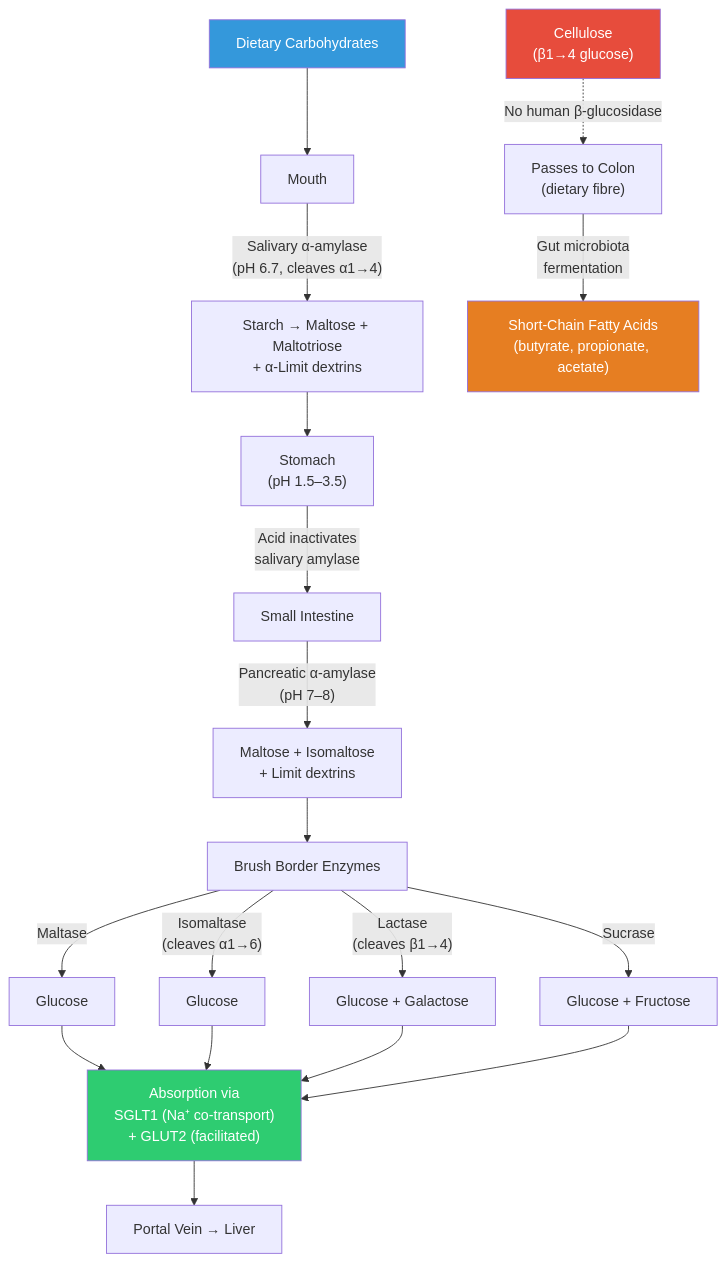
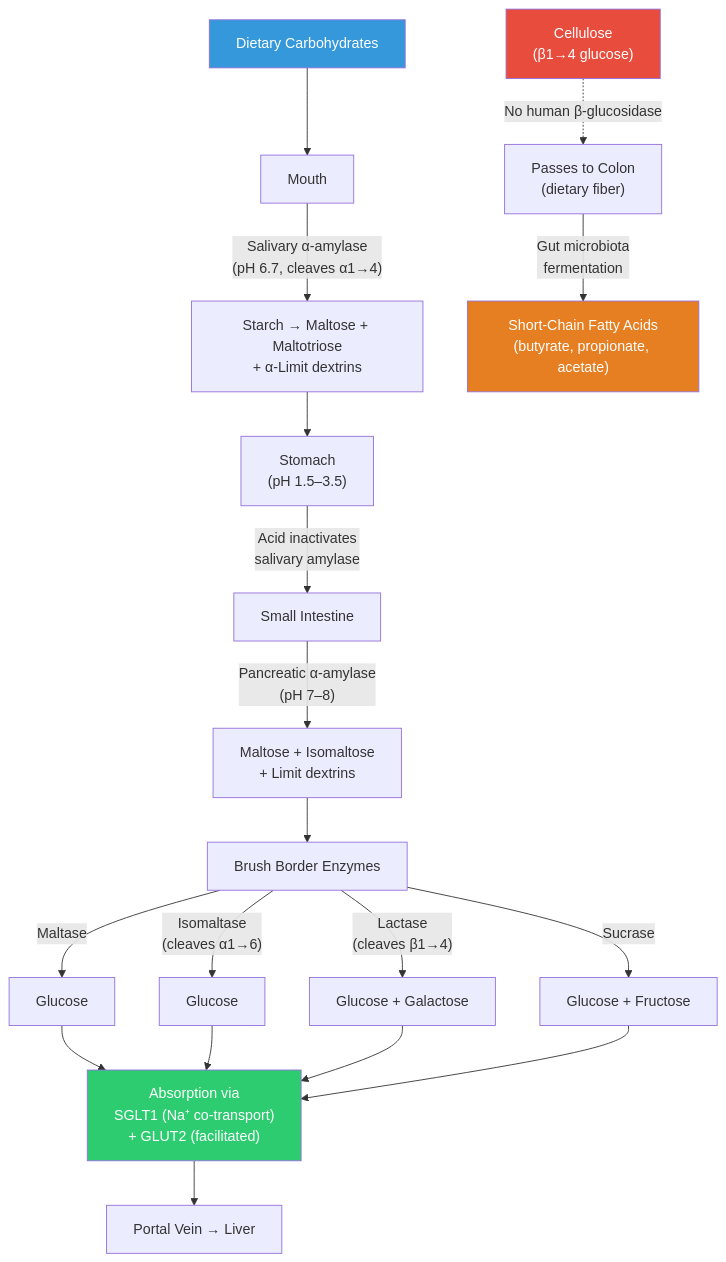
The second of 5 diagrams in manuscript/unit_I/macromolecules.md (docxology/biology_textbook), drawn with Mermaid before and after one commit. The commit also changed other lines of this file and 247 other files, not shown here.

````diff
--- a/manuscript/unit_I/macromolecules.md
+++ b/manuscript/unit_I/macromolecules.md
@@ -230,26 +234,26 @@
 ```mermaid
 flowchart TD
     FOOD["Dietary Carbohydrates"] --> MOUTH["Mouth"]
     MOUTH -->|"Salivary α-amylase<br/>(pH 6.7, cleaves α1→4)"| MOUTH_P["Starch → Maltose + Maltotriose<br/>+ α-Limit dextrins"]
     MOUTH_P --> STOMACH["Stomach<br/>(pH 1.5–3.5)"]
     STOMACH -->|"Acid inactivates<br/>salivary amylase"| SI["Small Intestine"]
     SI -->|"Pancreatic α-amylase<br/>(pH 7–8)"| SI_P["Maltose + Isomaltose<br/>+ Limit dextrins"]
     SI_P --> BRUSH["Brush Border Enzymes"]
     BRUSH -->|"Maltase"| GLU1["Glucose"]
     BRUSH -->|"Isomaltase<br/>(cleaves α1→6)"| GLU2["Glucose"]
     BRUSH -->|"Lactase<br/>(cleaves β1→4)"| GLU3["Glucose + Galactose"]
     BRUSH -->|"Sucrase"| GLU4["Glucose + Fructose"]
     GLU1 --> ABS["Absorption via<br/>SGLT1 (Na⁺ co-transport)<br/>+ GLUT2 (facilitated)"]
     GLU2 --> ABS
     GLU3 --> ABS
     GLU4 --> ABS
     ABS --> PORTAL["Portal Vein → Liver"]
 
-    CELLULOSE["Cellulose<br/>(β1→4 glucose)"] -.->|"No human β-glucosidase"| COLON["Passes to Colon<br/>(dietary fibre)"]
+    CELLULOSE["Cellulose<br/>(β1→4 glucose)"] -.->|"No human β-glucosidase"| COLON["Passes to Colon<br/>(dietary fiber)"]
     COLON -->|"Gut microbiota<br/>fermentation"| SCFA["Short-Chain Fatty Acids<br/>(butyrate, propionate, acetate)"]
 
     style FOOD fill:#3498db,color:#fff
     style ABS fill:#2ecc71,color:#fff
     style CELLULOSE fill:#e74c3c,color:#fff
     style SCFA fill:#e67e22,color:#fff
 ```
````
